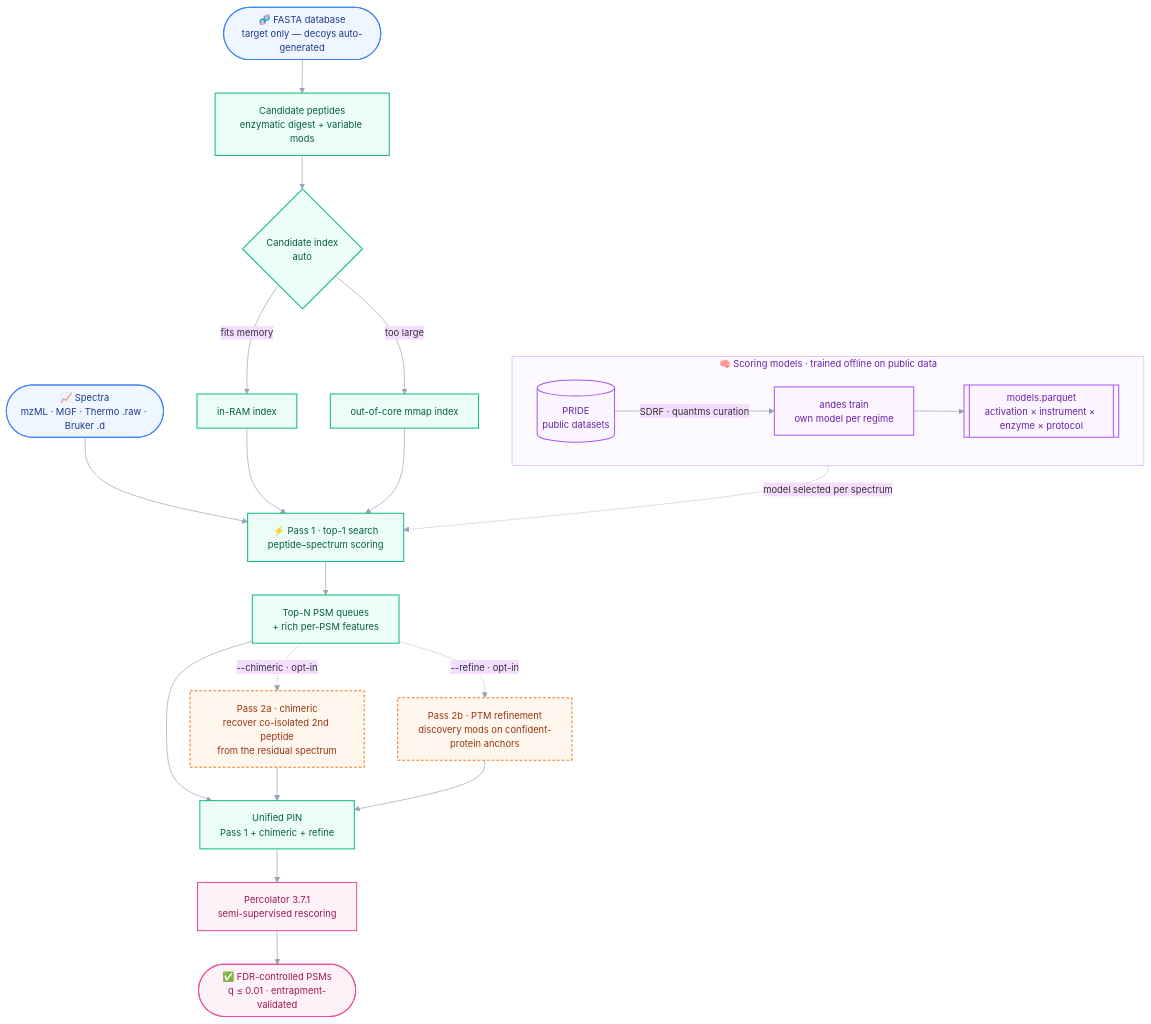
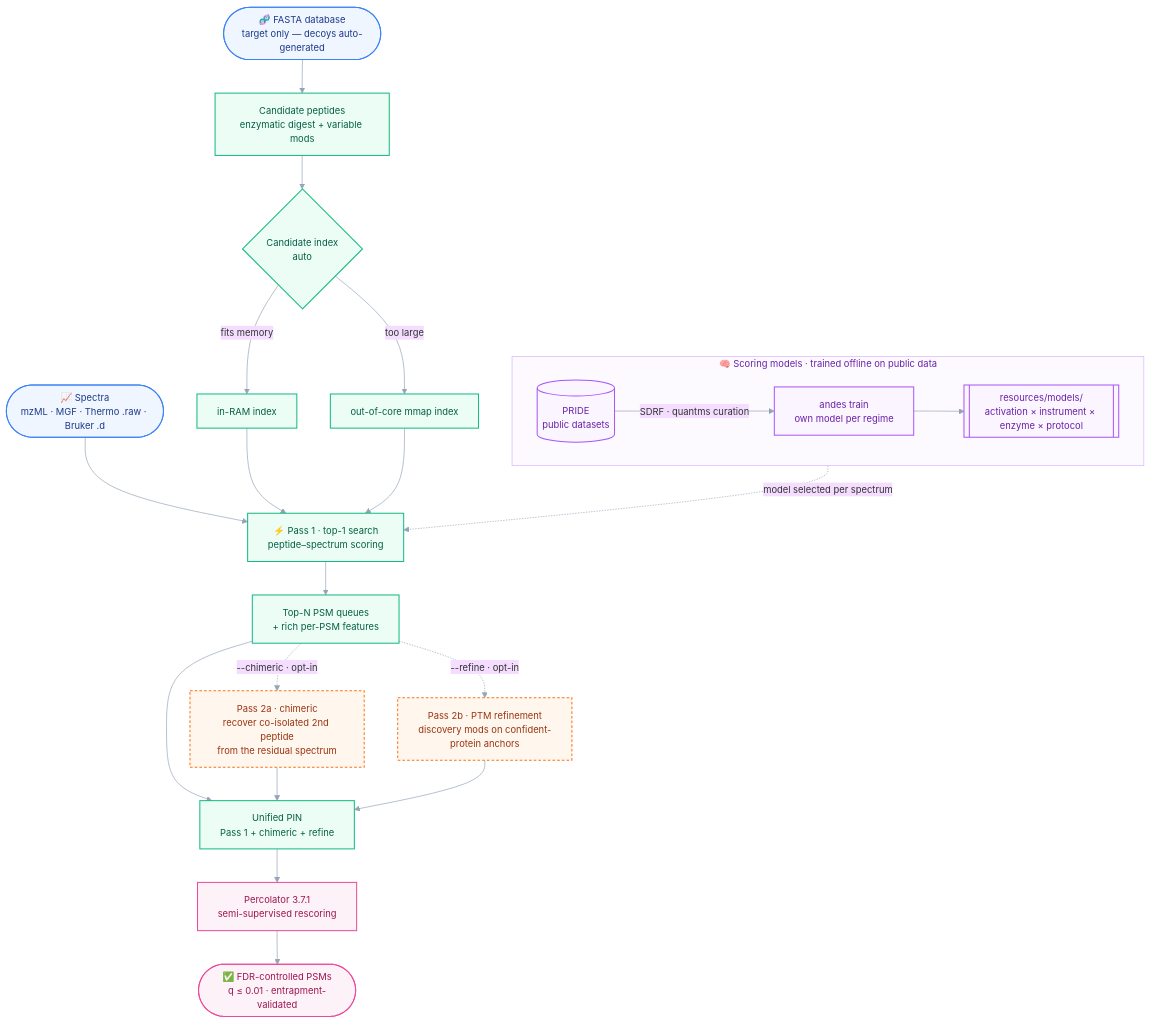
One commit to bigbio/andes changed the diagram in README.md. Above: the diagram before and after it, drawn with Mermaid. The commit also changed other lines of this file and 42 other files, not shown here.

````diff
--- a/README.md
+++ b/README.md
@@ -57,51 +57,51 @@
 ```mermaid
 %%{init: {"theme":"base","themeVariables":{"fontFamily":"ui-sans-serif, system-ui, sans-serif","fontSize":"14px","lineColor":"#94a3b8","primaryBorderColor":"#cbd5e1"}}}%%
 flowchart TD
     %% ---- Scoring models (trained offline) ----
     subgraph TRAIN["🧠 Scoring models · trained offline on public data"]
       direction LR
       PRIDE[("PRIDE<br/>public datasets")] -->|"SDRF · quantms curation"| TR["andes train<br/>own model per regime"]
-      TR --> STORE[["models.parquet<br/>activation × instrument × enzyme × protocol"]]
+      TR --> STORE[["resources/models/<br/>activation × instrument × enzyme × protocol"]]
     end
 
     %% ---- Inputs ----
     SPEC(["📈 Spectra<br/>mzML · MGF · Thermo .raw · Bruker .d"])
     DB(["🧬 FASTA database<br/>target only — decoys auto-generated"])
 
     %% ---- Candidate generation ----
     DB --> CAND["Candidate peptides<br/>enzymatic digest + variable mods"]
     CAND --> IDX{"Candidate index<br/>auto"}
     IDX -->|"fits memory"| RAM["in-RAM index"]
     IDX -->|"too large"| MMAP["out-of-core mmap index"]
 
     %% ---- Pass 1 ----
     SPEC --> P1["⚡ Pass 1 · top-1 search<br/>peptide–spectrum scoring"]
     RAM --> P1
     MMAP --> P1
     STORE -. model selected per spectrum .-> P1
     P1 --> QUEUE["Top-N PSM queues<br/>+ rich per-PSM features"]
 
     %% ---- Optional second passes ----
     QUEUE -.->|"--chimeric · opt-in"| CHIM["Pass 2a · chimeric<br/>recover co-isolated 2nd peptide<br/>from the residual spectrum"]
     QUEUE -.->|"--refine · opt-in"| REF["Pass 2b · PTM refinement<br/>discovery mods on confident-protein anchors"]
 
     %% ---- Merge + rescore ----
     QUEUE --> MERGE["Unified PIN<br/>Pass 1 + chimeric + refine"]
     CHIM --> MERGE
     REF --> MERGE
     MERGE --> PERC["Percolator 3.7.1<br/>semi-supervised rescoring"]
     PERC --> OUT(["✅ FDR-controlled PSMs<br/>q ≤ 0.01 · entrapment-validated"])
 
     %% ---- palette ----
     classDef io      fill:#eff6ff,stroke:#3b82f6,stroke-width:1.5px,color:#1e3a8a;
     classDef model   fill:#faf5ff,stroke:#a855f7,stroke-width:1.5px,color:#6b21a8;
     classDef core    fill:#ecfdf5,stroke:#10b981,stroke-width:1.5px,color:#065f46;
     classDef opt     fill:#fff7ed,stroke:#f97316,stroke-width:1.5px,color:#9a3412,stroke-dasharray:4 3;
     classDef out     fill:#fdf2f8,stroke:#ec4899,stroke-width:1.5px,color:#9d174f;
     class SPEC,DB io;
     class PRIDE,TR,STORE model;
     class CAND,IDX,RAM,MMAP,P1,QUEUE,MERGE core;
     class CHIM,REF opt;
     class PERC,OUT out;
     style TRAIN fill:#fcfaff,stroke:#d8b4fe,stroke-width:1px,color:#6b21a8;
 ```
````
